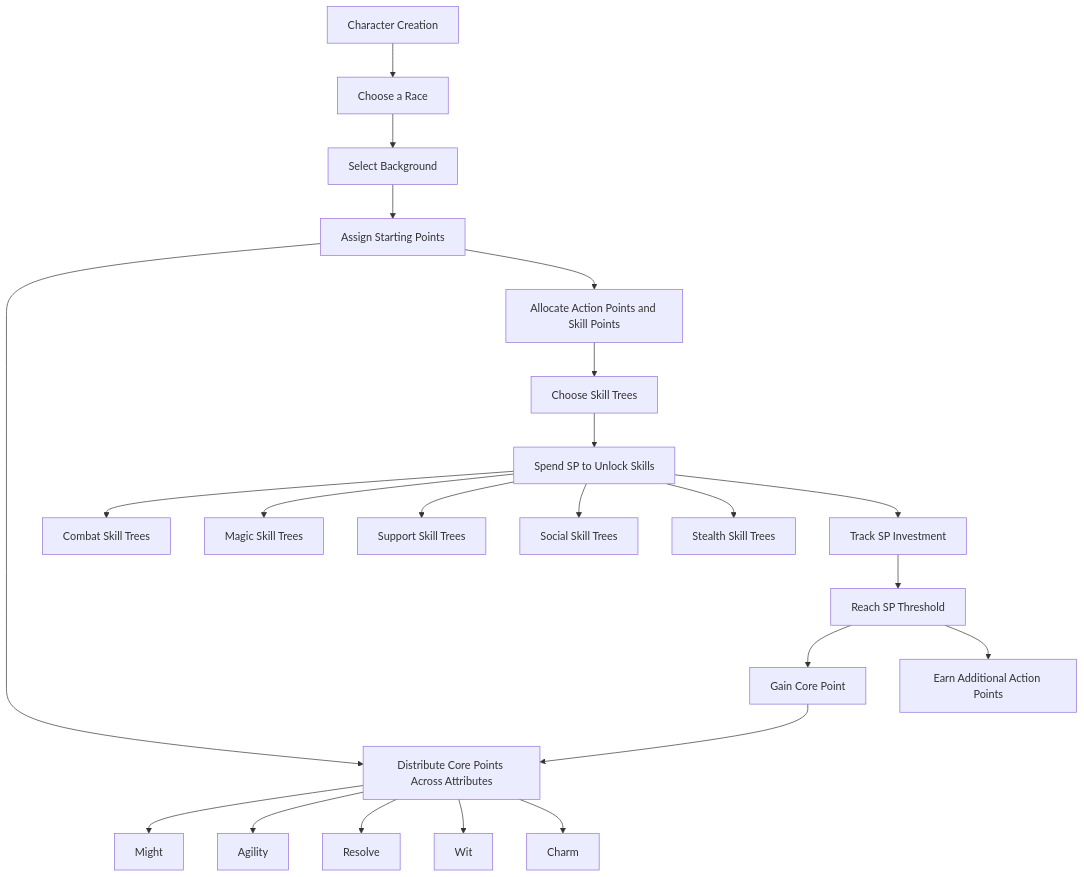
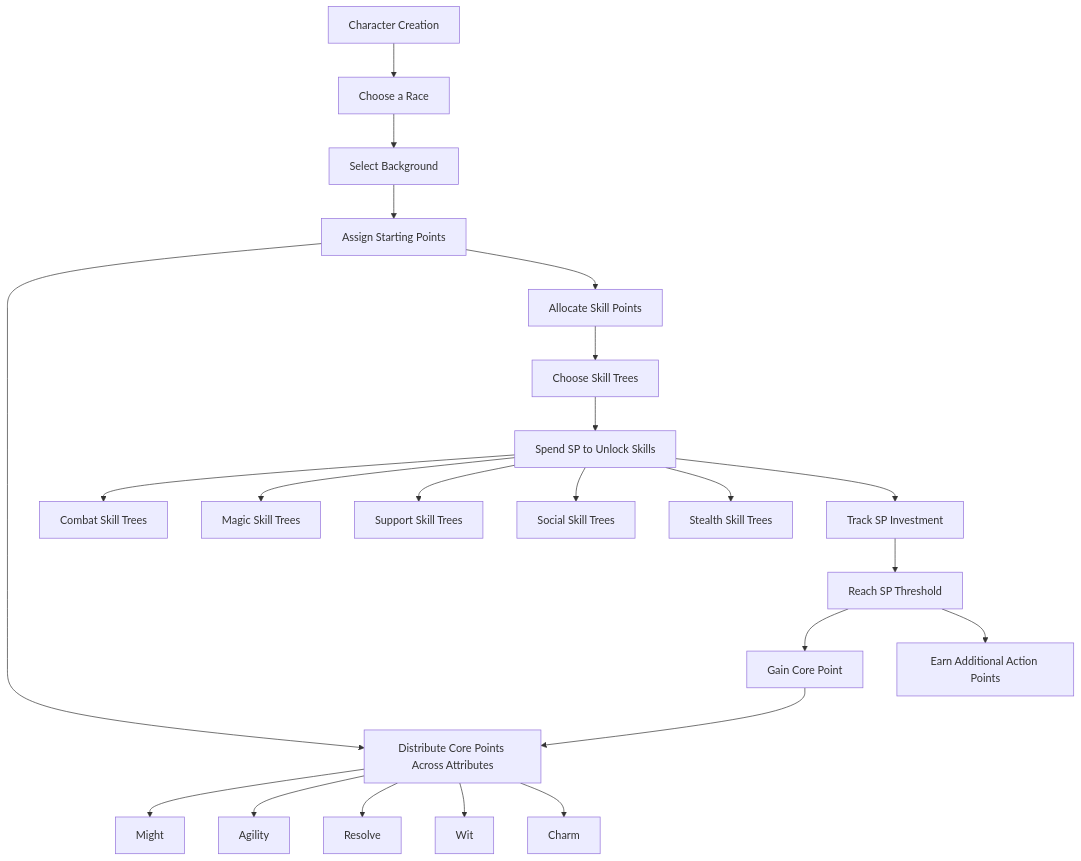
The diagram in character_creation.md (PJWaters/Shadowforge), drawn with Mermaid before and after one commit.

Commit message:
remove reference to action point

````diff
--- a/character_creation.md
+++ b/character_creation.md
@@ -51,28 +51,28 @@
 ```mermaid
 graph TD;
     A[Character Creation] --> B[Choose a Race];
     B --> C[Select Background];
     C --> D[Assign Starting Points];
     D --> E[Distribute Core Points Across Attributes];
     
     E --> F[Might];
     E --> G[Agility];
     E --> H[Resolve];
     E --> I[Wit];
     E --> J[Charm];
 
-    D --> K[Allocate Action Points and Skill Points];
+    D --> K[Allocate Skill Points];
     K --> L[Choose Skill Trees];
     L --> M[Spend SP to Unlock Skills];
     M --> N[Combat Skill Trees];
     M --> O[Magic Skill Trees];
     M --> P[Support Skill Trees];
     M --> Q[Social Skill Trees];
     M --> R[Stealth Skill Trees];
 
     M --> S[Track SP Investment];
     S --> T[Reach SP Threshold];
     T --> U[Gain Core Point];
     T --> V[Earn Additional Action Points];
     U --> E;
 ```
````
